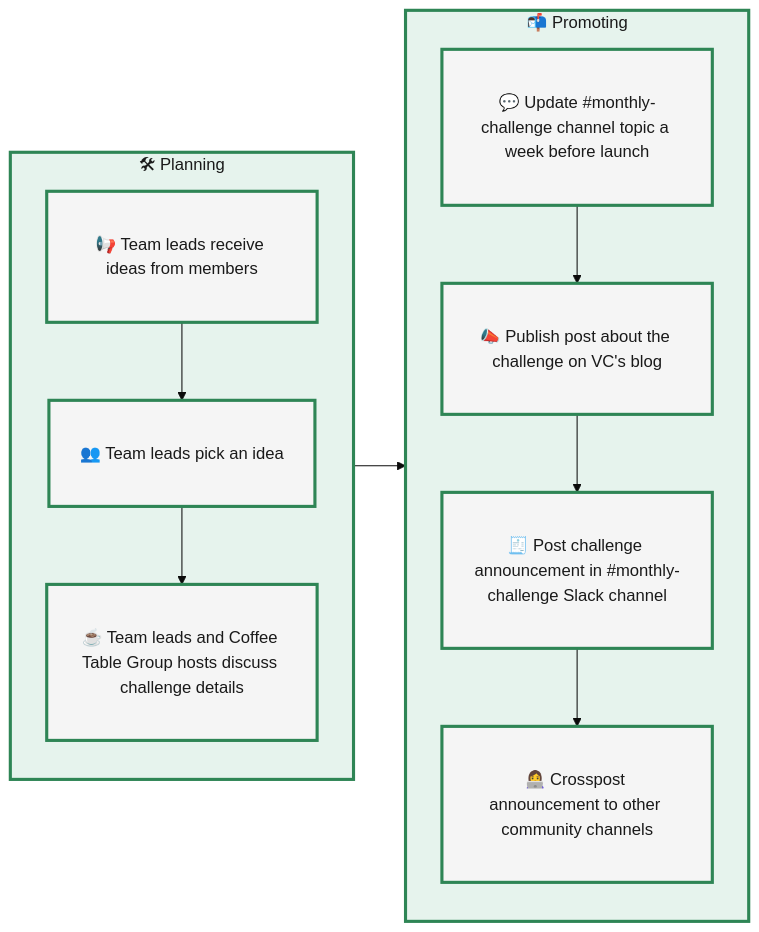
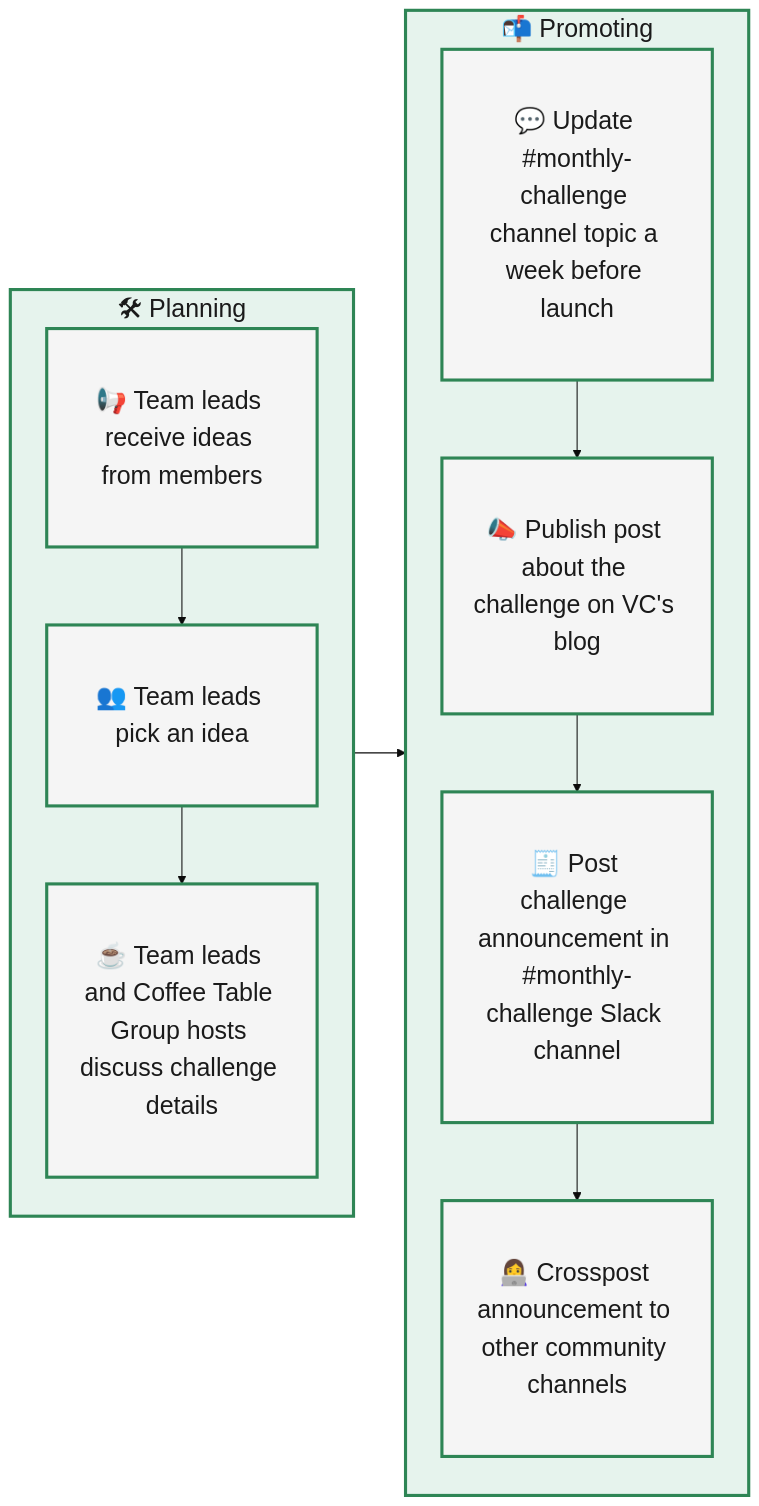
Before and after one commit to CBID2/VC-Community-Docs: the first of 2 diagrams in docs/monthly-challenges/facilitators-docs/facilitate-a-challenge.md, drawn with Mermaid. The commit also changed other lines of this file and 1 other file, not shown here.

Commit message:
Update Mermaid diagrams for better readability and mobile-friendliness

````diff
--- a/docs/monthly-challenges/facilitators-docs/facilitate-a-challenge.md
+++ b/docs/monthly-challenges/facilitators-docs/facilitate-a-challenge.md
@@ -48,30 +48,30 @@
 ```mermaid
-%%{init: {'theme':'base', 'themeVariables': {'fontSize':'16px', 'fontFamily':'arial'}}}%%
+%%{init: {'theme':'base', 'themeVariables': {'fontSize':'24px', 'fontFamily':'arial'}}}%%
 flowchart LR
   %% Left Column - Planning
   subgraph A["🛠 Planning"]
     direction TB
     A1["📢 Team leads receive ideas from members"]
     A2["👥 Team leads pick an idea"]
     A3["☕ Team leads and Coffee Table Group hosts discuss challenge details"]
     A1 --> A2 --> A3
   end
 
   %% Right Column - Promoting
   subgraph B["📬 Promoting"]
     direction TB
     B1["💬 Update #monthly-challenge channel topic a week before launch"]
     B2["📣 Publish post about the challenge on VC's blog"]
     B3["🧾 Post challenge announcement in #monthly-challenge Slack channel"]
     B4["👩‍💻 Crosspost announcement to other community channels"]
     B1 --> B2 --> B3 --> B4
   end
 
   %% Flow between columns
   A3 --> B1
 
   %% Styling
   classDef default fill:#f5f5f5,stroke:#2e8555,stroke-width:3px,color:#1a1a1a,padding:15px;
   classDef process fill:#e6f3ed,stroke:#2e8555,stroke-width:3px,color:#1a1a1a;
   class A,B process;
 ```
````
